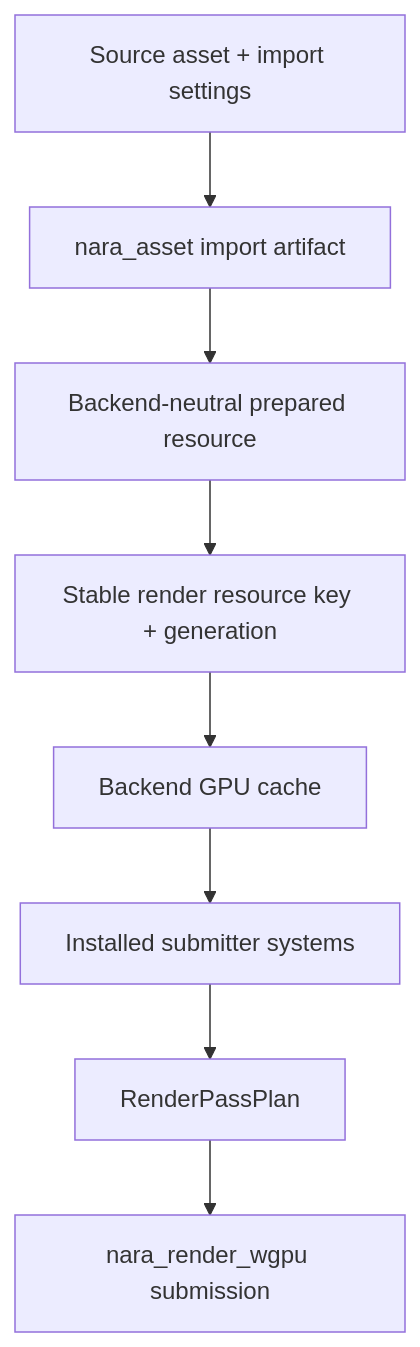
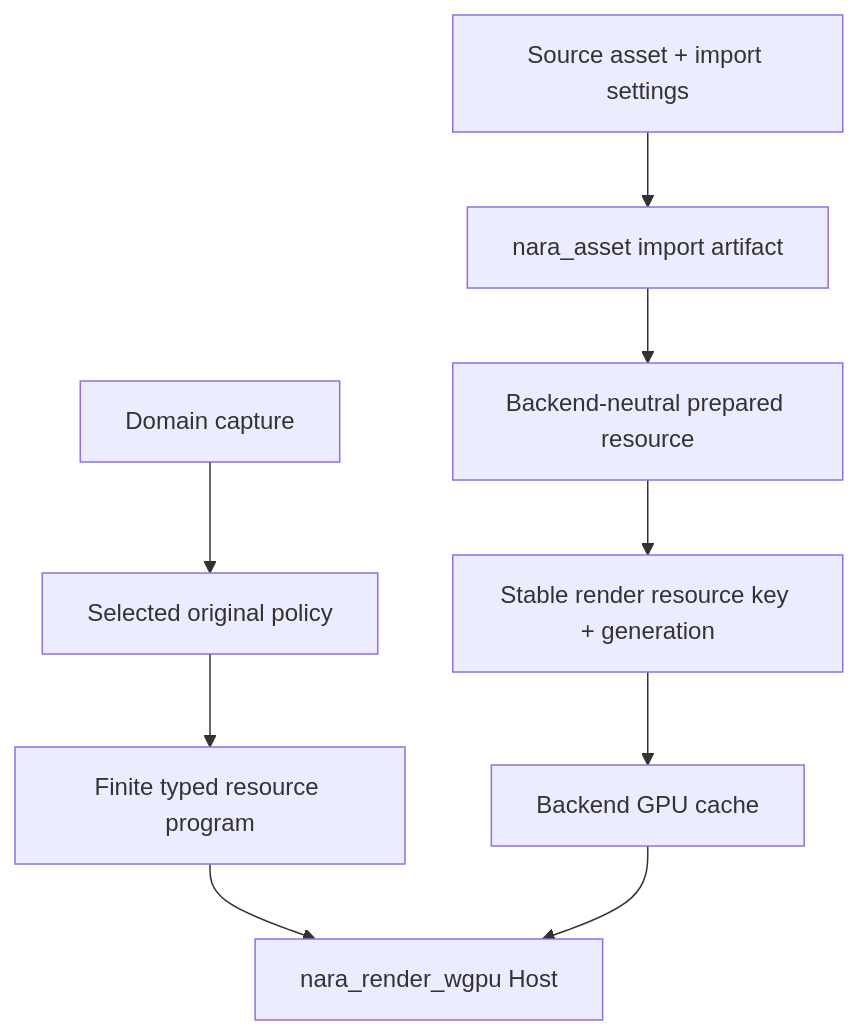
The diagram in docs/architecture/adr/0040-render-resource-lifetime-and-submitter-ownership.md (Latias94/nara), drawn with Mermaid before and after one commit. The commit also changed other lines of this file and 111 other files, not shown here.

First line of the commit message:
refactor(render)!: preserve original typed policy captures through every consumer

````diff
--- a/docs/architecture/adr/0040-render-resource-lifetime-and-submitter-ownership.md
+++ b/docs/architecture/adr/0040-render-resource-lifetime-and-submitter-ownership.md
@@ -92,10 +102,11 @@
 ```mermaid
 flowchart TD
     Source[Source asset + import settings] --> Import[nara_asset import artifact]
     Import --> Prepared[Backend-neutral prepared resource]
     Prepared --> Key[Stable render resource key + generation]
     Key --> Cache[Backend GPU cache]
-    Cache --> Submitter[Installed submitter systems]
-    Submitter --> Plan[RenderPassPlan]
-    Plan --> Backend[nara_render_wgpu submission]
+    Domain[Domain capture] --> Policy[Selected original policy]
+    Policy --> Program[Finite typed resource program]
+    Program --> Backend[nara_render_wgpu Host]
+    Cache --> Backend
 ```
````
